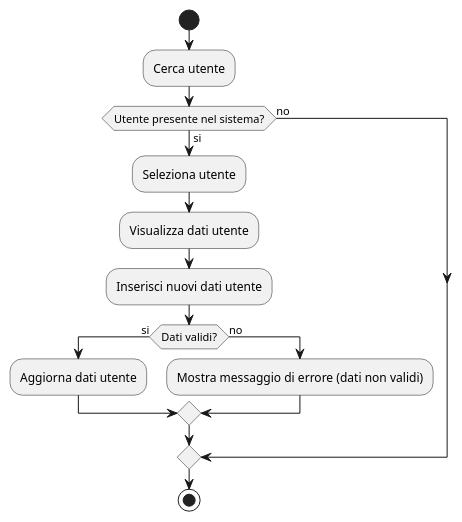
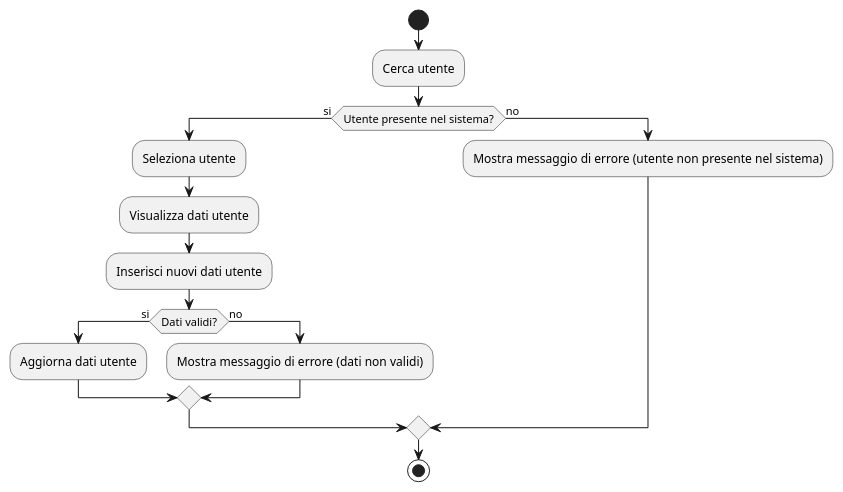
Before and after one commit to Meziu/easylibrary: the diagram in docs/uml/DiagrammiAttività/DiagrammaModificaUtente.puml, drawn with PlantUML.

Commit message:
Modifica diagramma attività modifica utente

```diff
--- a/docs/uml/DiagrammiAttività/DiagrammaModificaUtente.puml
+++ b/docs/uml/DiagrammiAttività/DiagrammaModificaUtente.puml
@@ -1,20 +1,20 @@
 @startuml
 start
 :Cerca utente;
 if (Utente presente nel sistema?) then (si)
 :Seleziona utente;
 :Visualizza dati utente;
 :Inserisci nuovi dati utente;
 
     if (Dati validi?) then (si)
         :Aggiorna dati utente;
     else (no)
         :Mostra messaggio di errore (dati non validi);
     endif
 
 else (no)
-->
+:Mostra messaggio di errore (utente non presente nel sistema);
 endif
 
 stop
 @enduml
```
